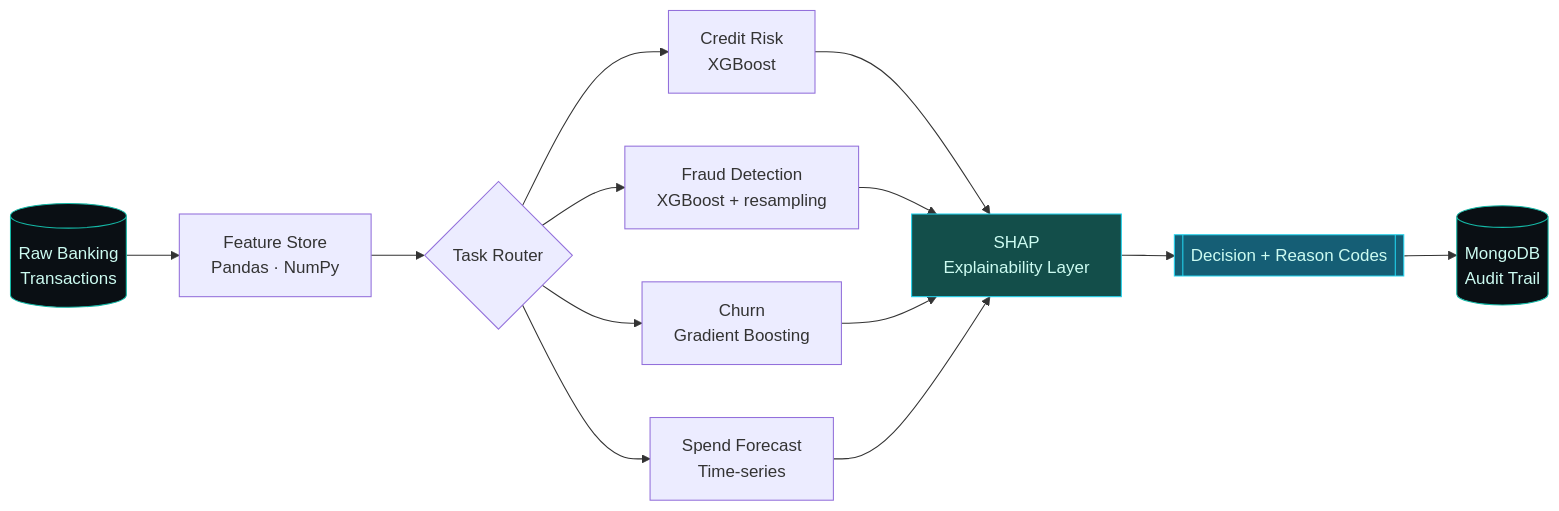
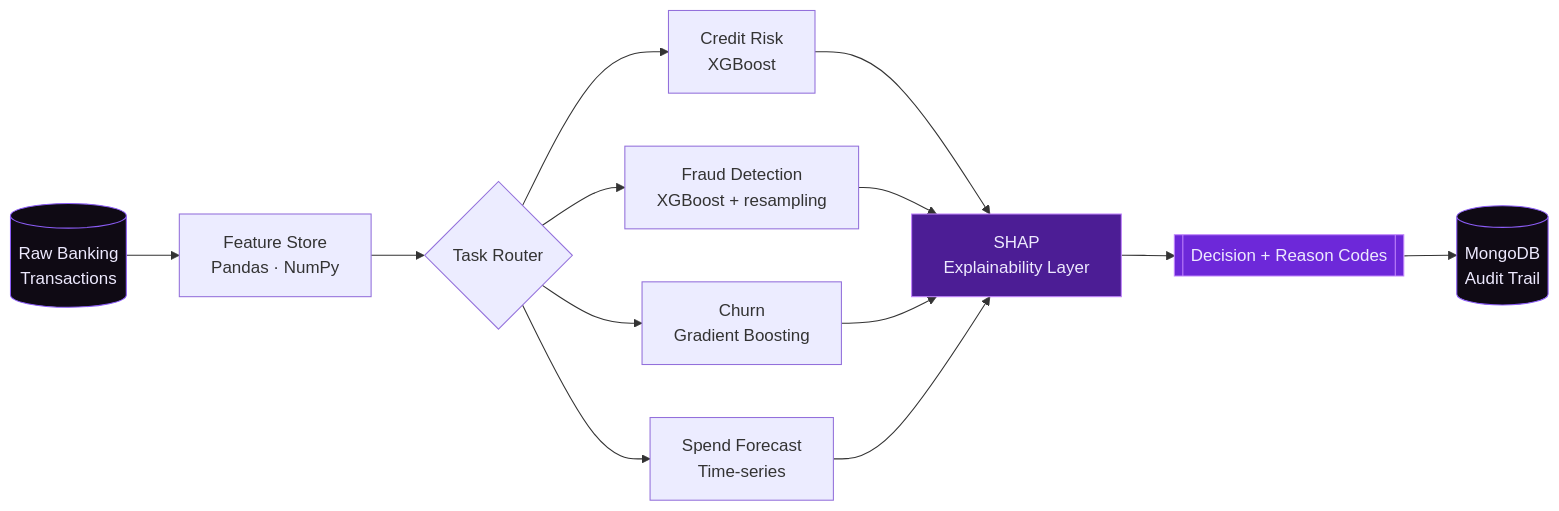
Before and after one commit to Sadia-Farooque/Sadia-Farooque: the first of 3 diagrams in README.md, drawn with Mermaid. The commit also changed other lines of this file, not shown here.

````diff
--- a/README.md
+++ b/README.md
@@ -74,17 +74,17 @@
 ```mermaid
 flowchart LR
     A[(Raw Banking<br/>Transactions)] --> B[Feature Store<br/>Pandas · NumPy]
     B --> C{Task Router}
     C --> D[Credit Risk<br/>XGBoost]
     C --> E[Fraud Detection<br/>XGBoost + resampling]
     C --> F[Churn<br/>Gradient Boosting]
     C --> G[Spend Forecast<br/>Time-series]
     D & E & F & G --> H[SHAP<br/>Explainability Layer]
     H --> I[[Decision + Reason Codes]]
     I --> J[(MongoDB<br/>Audit Trail)]
 
-    style A fill:#0a0f14,stroke:#14b8a6,color:#ccfbf1
-    style H fill:#134e4a,stroke:#22d3ee,color:#ccfbf1
-    style I fill:#155e75,stroke:#22d3ee,color:#ccfbf1
-    style J fill:#0a0f14,stroke:#14b8a6,color:#ccfbf1
+    style A fill:#0f0a14,stroke:#8b5cf6,color:#ede9fe
+    style H fill:#4c1d95,stroke:#c084fc,color:#ede9fe
+    style I fill:#6d28d9,stroke:#c084fc,color:#ede9fe
+    style J fill:#0f0a14,stroke:#8b5cf6,color:#ede9fe
 ```
````
